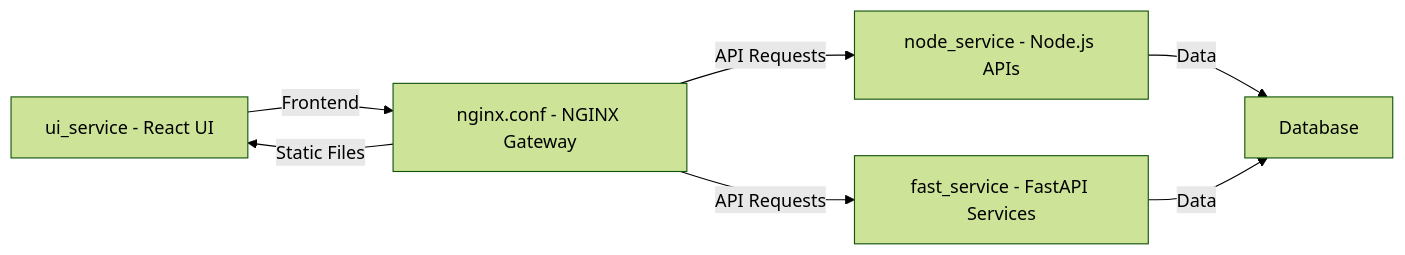
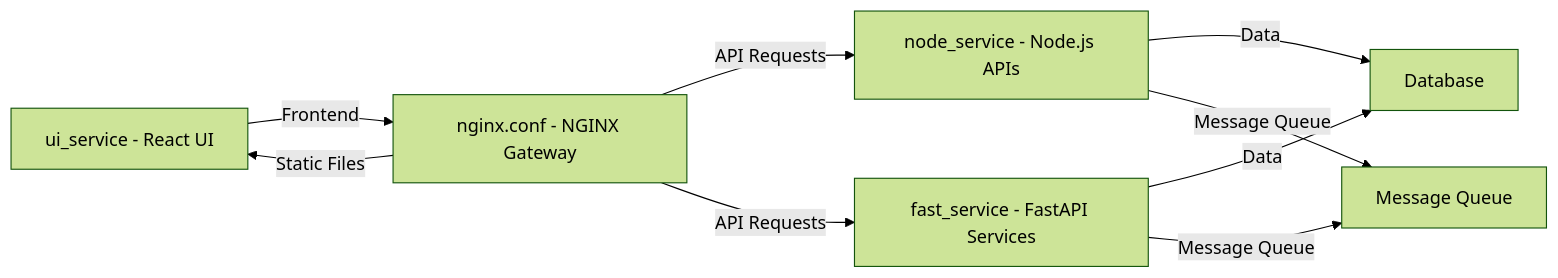
The diagram in Readme.md (tree-1917/Health_Mate_APP), drawn with Mermaid (forest theme) before and after one commit. The commit also changed other lines of this file, not shown here.

````diff
--- a/Readme.md
+++ b/Readme.md
@@ -25,9 +25,11 @@
 ```mermaid
 graph LR
     A[ui_service - React UI] -->|Frontend| B[nginx.conf - NGINX Gateway]
     B -->|API Requests| C[node_service - Node.js APIs]
     B -->|API Requests| D[fast_service - FastAPI Services]
     B -->|Static Files| A
     C -->|Data| E[Database]
     D -->|Data| E
+    D -->|Message Queue| F[Message Queue]
+    C -->|Message Queue| F
 ```
````
